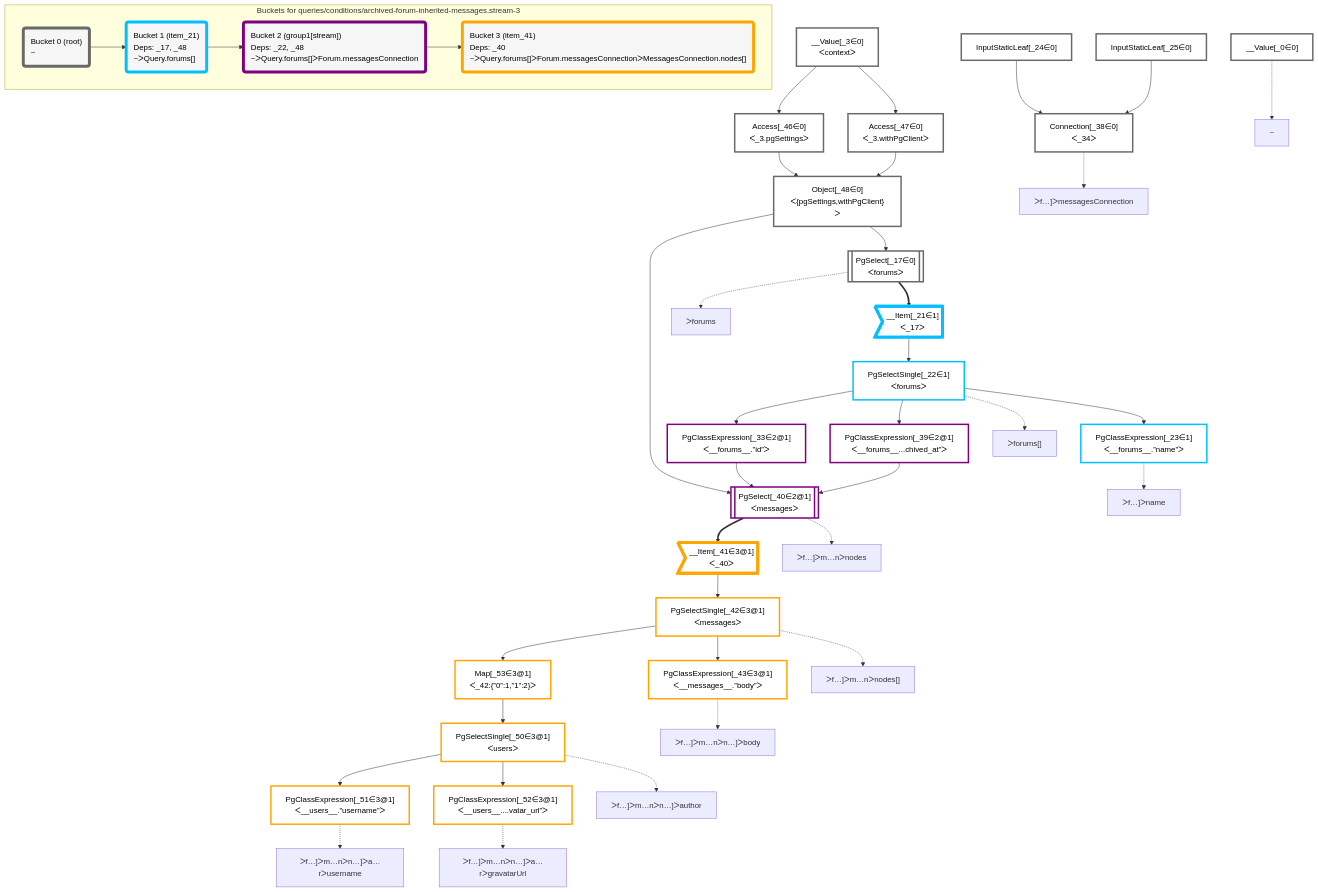
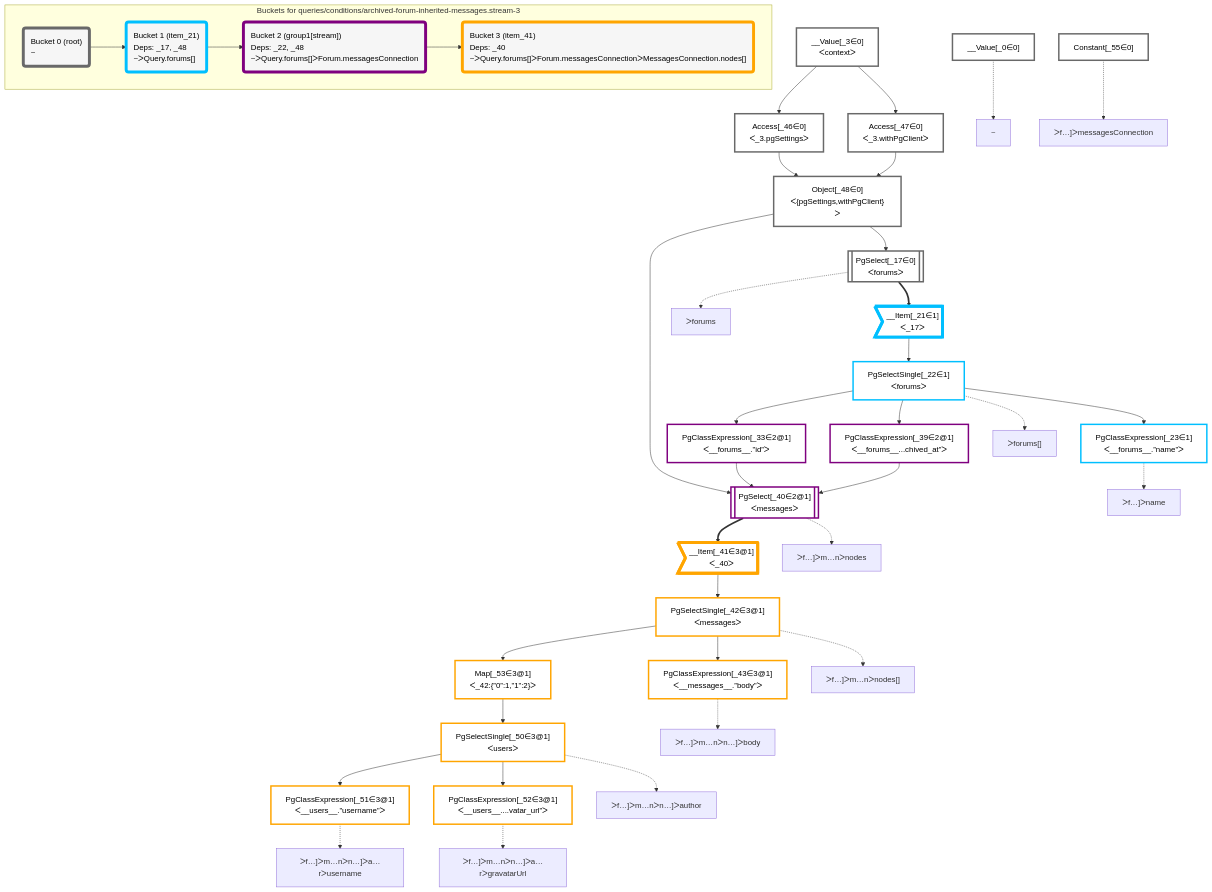
The diagram in packages/dataplan-pg/__tests__/queries/conditions/archived-forum-inherited-messages.stream-3.mermaid.md (graphile/crystal), drawn with Mermaid before and after one commit. The commit also changed 57 other files, not shown here.

```diff
--- a/packages/dataplan-pg/__tests__/queries/conditions/archived-forum-inherited-messages.stream-3.mermaid.md
+++ b/packages/dataplan-pg/__tests__/queries/conditions/archived-forum-inherited-messages.stream-3.mermaid.md
@@ -27,9 +27,7 @@
     Access_46["Access[_46∈0]<br />ᐸ_3.pgSettingsᐳ"]:::plan
     Access_47["Access[_47∈0]<br />ᐸ_3.withPgClientᐳ"]:::plan
     __Value_3["__Value[_3∈0]<br />ᐸcontextᐳ"]:::plan
-    Connection_38["Connection[_38∈0]<br />ᐸ_34ᐳ"]:::plan
-    InputStaticLeaf_24["InputStaticLeaf[_24∈0]"]:::plan
-    InputStaticLeaf_25["InputStaticLeaf[_25∈0]"]:::plan
+    Constant_55["Constant[_55∈0]"]:::plan
 
     %% plan dependencies
     PgSelectSingle_22 --> PgClassExpression_23
@@ -49,7 +47,6 @@
     Access_46 & Access_47 --> Object_48
     __Value_3 --> Access_46
     __Value_3 --> Access_47
-    InputStaticLeaf_24 & InputStaticLeaf_25 --> Connection_38
 
     %% plan-to-path relationships
     P_0["~"]
@@ -60,8 +57,6 @@
     PgSelectSingle_22 -.-> P_22
     P_23["ᐳf…]ᐳname"]
     PgClassExpression_23 -.-> P_23
-    P_38["ᐳf…]ᐳmessagesConnection"]
-    Connection_38 -.-> P_38
     P_40["ᐳf…]ᐳm…nᐳnodes"]
     PgSelect_40 -.-> P_40
     P_42["ᐳf…]ᐳm…nᐳnodes[]"]
@@ -74,11 +69,13 @@
     PgClassExpression_51 -.-> P_51
     P_52["ᐳf…]ᐳm…nᐳn…]ᐳa…rᐳgravatarUrl"]
     PgClassExpression_52 -.-> P_52
+    P_55["ᐳf…]ᐳmessagesConnection"]
+    Constant_55 -.-> P_55
 
     subgraph "Buckets for queries/conditions/archived-forum-inherited-messages.stream-3"
     Bucket0("Bucket 0 (root)<br />~"):::bucket
     classDef bucket0 stroke:#696969
-    class Bucket0,__Value_0,__Value_3,PgSelect_17,InputStaticLeaf_24,InputStaticLeaf_25,Connection_38,Access_46,Access_47,Object_48 bucket0
+    class Bucket0,__Value_0,__Value_3,PgSelect_17,Access_46,Access_47,Object_48,Constant_55 bucket0
     Bucket1("Bucket 1 (item_21)<br />Deps: _17, _48<br />~ᐳQuery.forums[]"):::bucket
     classDef bucket1 stroke:#00bfff
     class Bucket1,__Item_21,PgSelectSingle_22,PgClassExpression_23 bucket1
```
